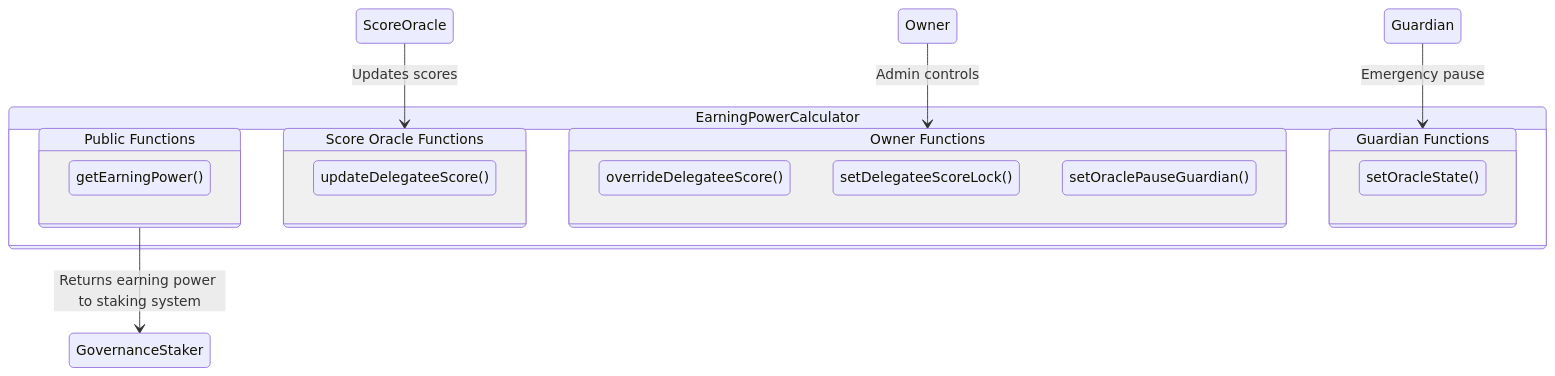
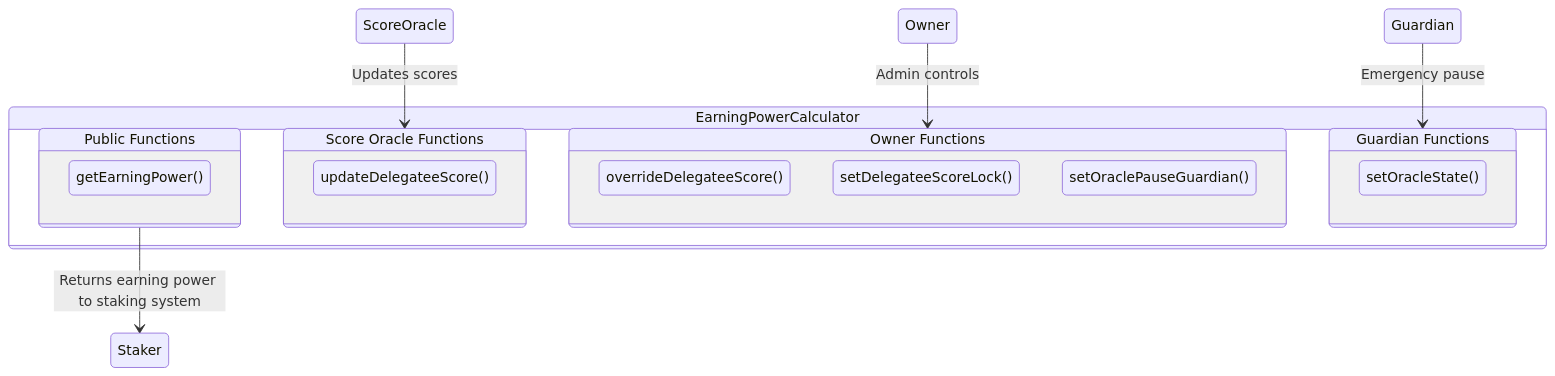
One commit to withtally/staker changed the second of 2 diagrams in README.md. Above: the diagram before and after it, drawn with Mermaid. The commit also changed other lines of this file, not shown here.

````diff
--- a/README.md
+++ b/README.md
@@ -76,31 +88,31 @@
 ```mermaid
 stateDiagram-v2
     direction TB
 
     state EarningPowerCalculator {
         state "Public Functions" as PF {
             GetEarningPower: getEarningPower()
         }
 
         state "Score Oracle Functions" as SOF {
             UpdateScore: updateDelegateeScore()
         }
 
         state "Owner Functions" as OF {
             OverrideScore: overrideDelegateeScore()
             SetScoreLock: setDelegateeScoreLock()
             SetGuardian: setOraclePauseGuardian()
         }
 
         state "Guardian Functions" as GF {
             SetOracleState: setOracleState()
         }
 
 
     }
 
     ScoreOracle --> SOF: Updates scores
     Owner --> OF: Admin controls
     Guardian --> GF: Emergency pause
-    PF --> GovernanceStaker: Returns earning power to staking system
+    PF --> Staker: Returns earning power to staking system
 ```
````
